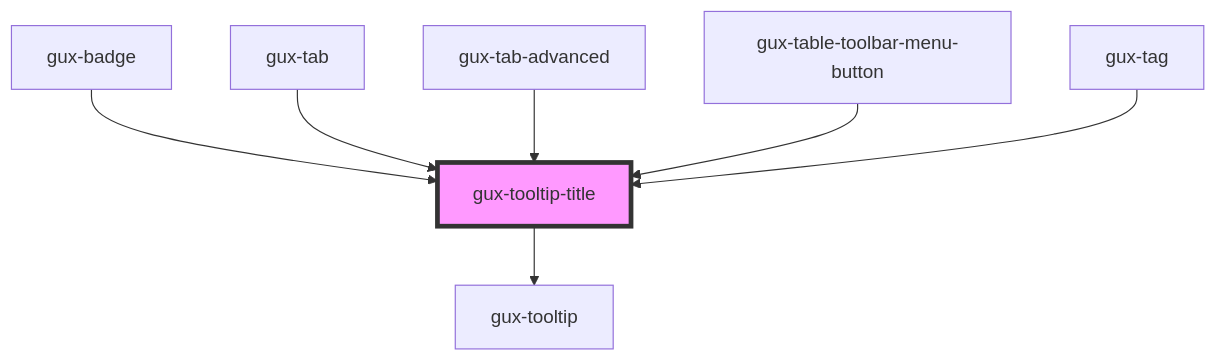
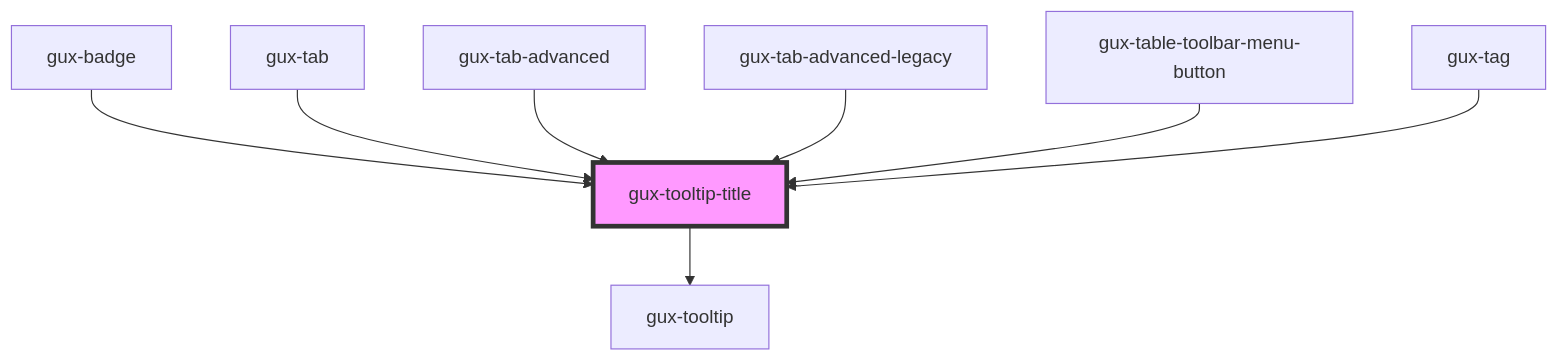
The diagram in packages/genesys-spark-components/src/components/stable/gux-tooltip-title/readme.md (MyPureCloud/genesys-spark), drawn with Mermaid before and after one commit. The commit also changed other lines of this file and 30 other files, not shown here.

First line of the commit message:
refactor(tabs-advanced): moved tags-advanced to legacy

````diff
--- a/packages/genesys-spark-components/src/components/stable/gux-tooltip-title/readme.md
+++ b/packages/genesys-spark-components/src/components/stable/gux-tooltip-title/readme.md
@@ -46,10 +47,11 @@
 ```mermaid
 graph TD;
   gux-tooltip-title --> gux-tooltip
   gux-badge --> gux-tooltip-title
   gux-tab --> gux-tooltip-title
   gux-tab-advanced --> gux-tooltip-title
+  gux-tab-advanced-legacy --> gux-tooltip-title
   gux-table-toolbar-menu-button --> gux-tooltip-title
   gux-tag --> gux-tooltip-title
   style gux-tooltip-title fill:#f9f,stroke:#333,stroke-width:4px
 ```
````
